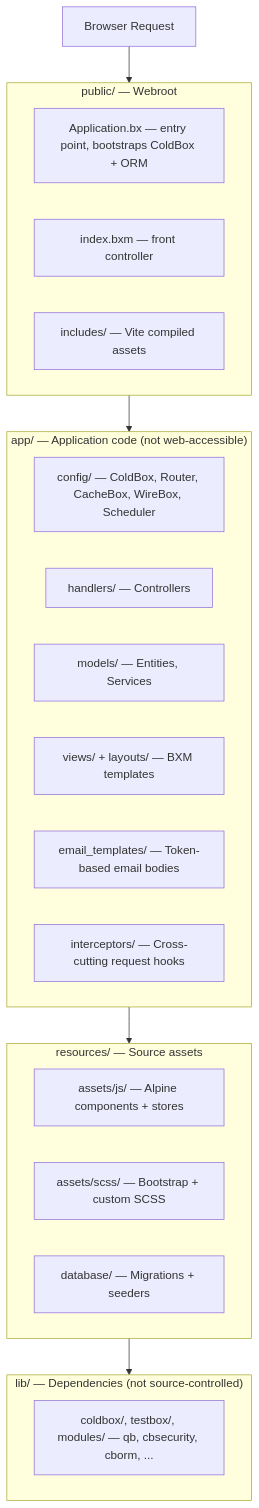
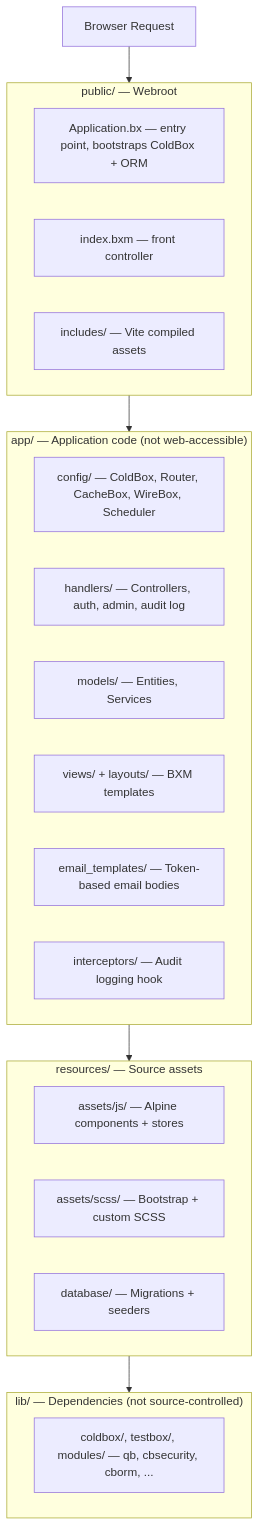
Before and after one commit to coldbox-templates/cbGenesis: the first of 2 diagrams in docs/architecture.md, drawn with Mermaid. The commit also changed 12 other files, not shown here.

````diff
--- a/docs/architecture.md
+++ b/docs/architecture.md
@@ -15,35 +15,35 @@
 ```mermaid
 flowchart TD
     A["Browser Request"] --> B
 
     subgraph B["public/ — Webroot"]
         B1["Application.bx — entry point, bootstraps ColdBox + ORM"]
         B2["index.bxm — front controller"]
         B3["includes/ — Vite compiled assets"]
     end
 
     B --> C
 
     subgraph C["app/ — Application code (not web-accessible)"]
         C1["config/ — ColdBox, Router, CacheBox, WireBox, Scheduler"]
-        C2["handlers/ — Controllers"]
+        C2["handlers/ — Controllers, auth, admin, audit log"]
         C3["models/ — Entities, Services"]
         C4["views/ + layouts/ — BXM templates"]
         C5["email_templates/ — Token-based email bodies"]
-        C6["interceptors/ — Cross-cutting request hooks"]
+        C6["interceptors/ — Audit logging hook"]
     end
 
     C --> D
 
     subgraph D["resources/ — Source assets"]
         D1["assets/js/ — Alpine components + stores"]
         D2["assets/scss/ — Bootstrap + custom SCSS"]
         D3["database/ — Migrations + seeders"]
     end
 
     D --> E
 
     subgraph E["lib/ — Dependencies (not source-controlled)"]
         E1["coldbox/, testbox/, modules/ — qb, cbsecurity, cborm, ..."]
     end
 ```
````
